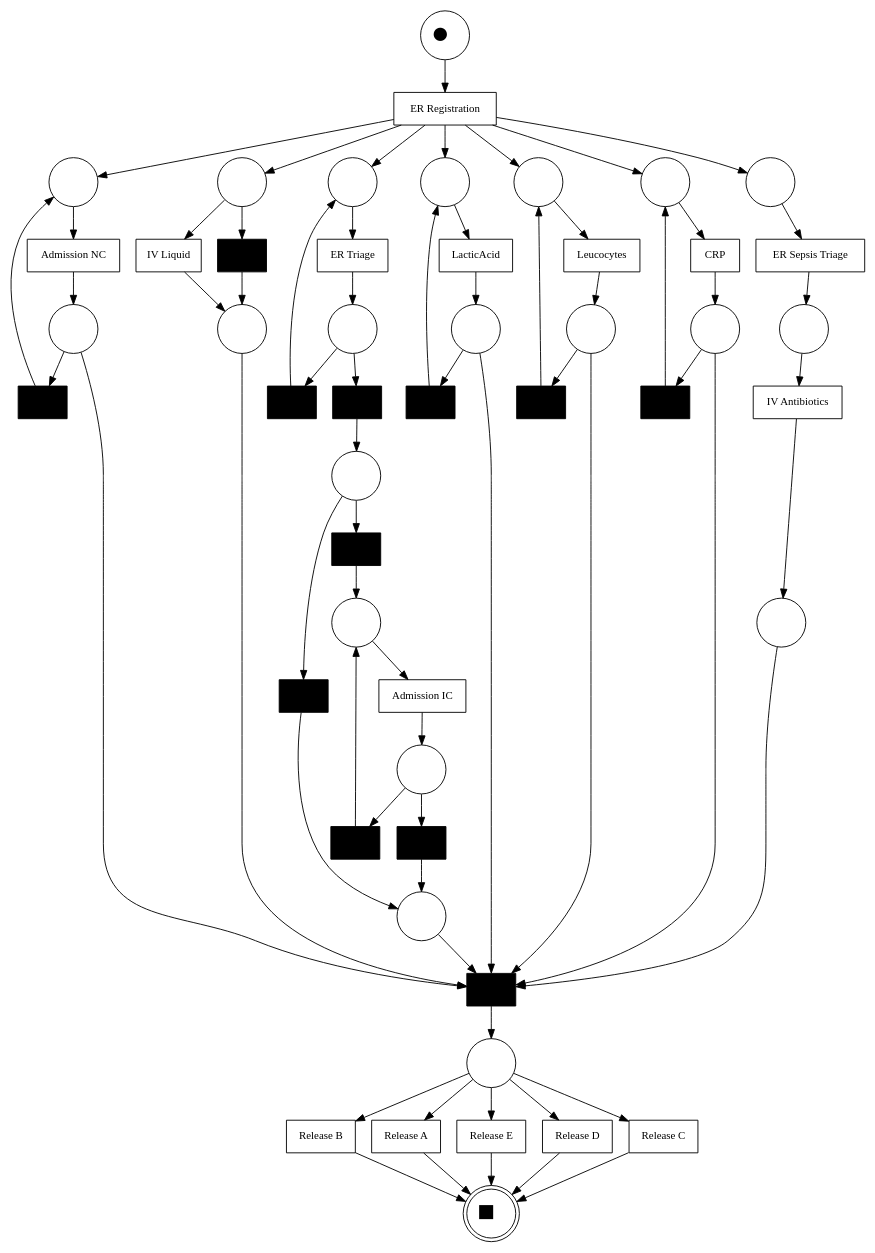
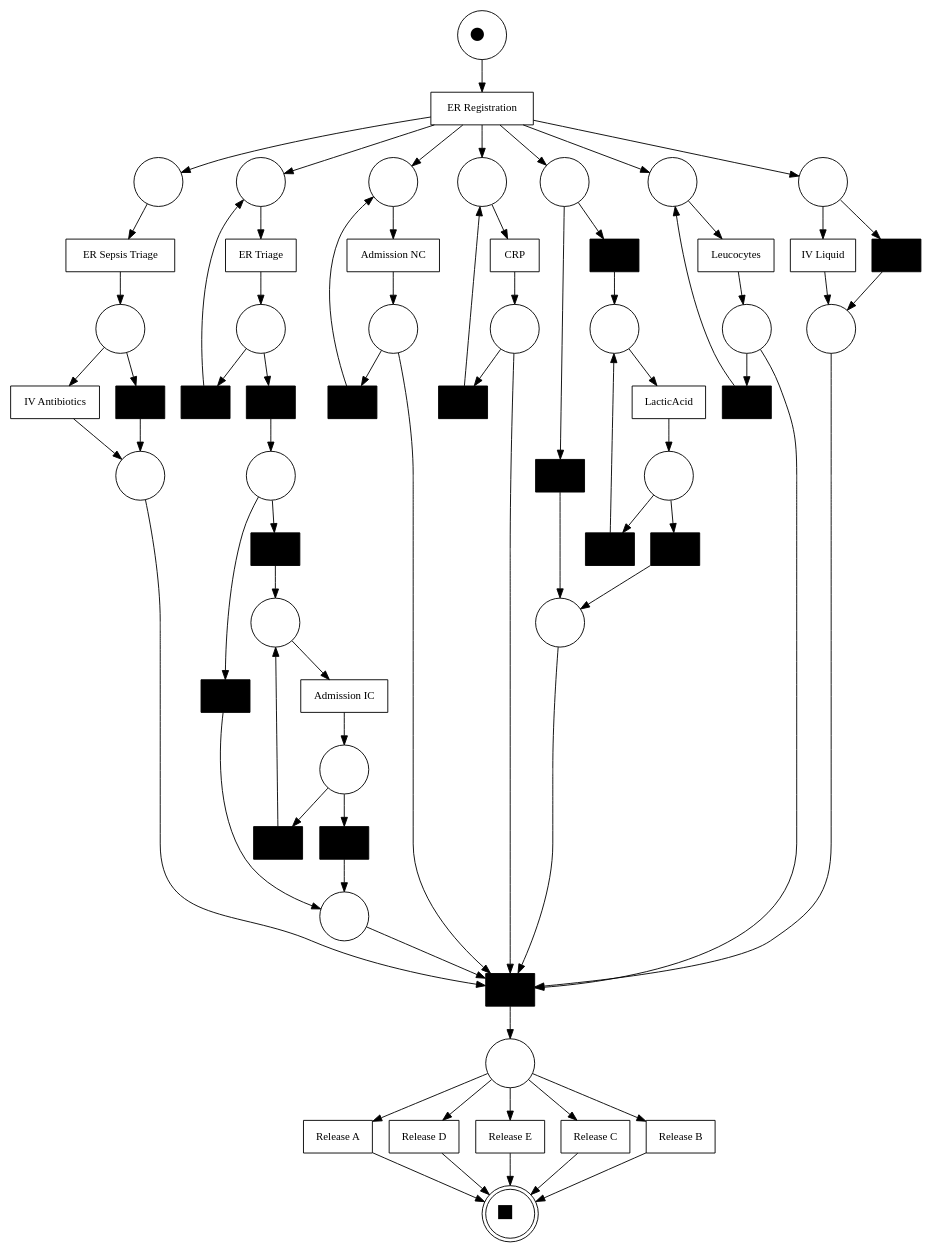
One commit to Evzett/laba_tad4 changed the diagram in outputs/figures/petri_net.gv. Above: the diagram before and after it, drawn with Graphviz. The commit also changed 27 other files, not shown here.

```diff
--- a/outputs/figures/petri_net.gv
+++ b/outputs/figures/petri_net.gv
@@ -1,120 +1,134 @@
-digraph "imdf_net_1794441840.90338" {
+digraph "imdf_net_1795035594.0145805" {
 	graph [bgcolor=white rankdir=TB]
 	node [shape=box]
-	2791548030656 [label="ER Registration" border=1 fillcolor=white fontcolor=black fontsize=12 style=filled]
-	2791543834384 [label=CRP border=1 fillcolor=white fontcolor=black fontsize=12 style=filled]
-	2791550657040 [label="Admission NC" border=1 fillcolor=white fontcolor=black fontsize=12 style=filled]
-	2791550418320 [label="IV Liquid" border=1 fillcolor=white fontcolor=black fontsize=12 style=filled]
-	2791543481888 [label="ER Sepsis Triage" border=1 fillcolor=white fontcolor=black fontsize=12 style=filled]
-	2791550416192 [label=LacticAcid border=1 fillcolor=white fontcolor=black fontsize=12 style=filled]
-	2791550417984 [label="" border=1 fillcolor=black fontcolor=black fontsize=12 style=filled]
-	2791548188240 [label=Leucocytes border=1 fillcolor=white fontcolor=black fontsize=12 style=filled]
-	2791541911888 [label="ER Triage" border=1 fillcolor=white fontcolor=black fontsize=12 style=filled]
-	2791550416640 [label="" border=1 fillcolor=black fontcolor=black fontsize=12 style=filled]
-	2791550307856 [label="" border=1 fillcolor=black fontcolor=black fontsize=12 style=filled]
-	2791550656800 [label="" border=1 fillcolor=black fontcolor=black fontsize=12 style=filled]
-	2791543834576 [label="" border=1 fillcolor=black fontcolor=black fontsize=12 style=filled]
-	2791541899728 [label="" border=1 fillcolor=black fontcolor=black fontsize=12 style=filled]
-	2791548363888 [label="" border=1 fillcolor=black fontcolor=black fontsize=12 style=filled]
-	2791548543984 [label="IV Antibiotics" border=1 fillcolor=white fontcolor=black fontsize=12 style=filled]
-	2791550412272 [label="" border=1 fillcolor=black fontcolor=black fontsize=12 style=filled]
-	2791544341008 [label="Release B" border=1 fillcolor=white fontcolor=black fontsize=12 style=filled]
-	2791550412720 [label="" border=1 fillcolor=black fontcolor=black fontsize=12 style=filled]
-	2791544341680 [label="Release A" border=1 fillcolor=white fontcolor=black fontsize=12 style=filled]
-	2791544340672 [label="Release E" border=1 fillcolor=white fontcolor=black fontsize=12 style=filled]
-	2791550418656 [label="Release D" border=1 fillcolor=white fontcolor=black fontsize=12 style=filled]
-	2791544341344 [label="Release C" border=1 fillcolor=white fontcolor=black fontsize=12 style=filled]
-	2791550413168 [label="" border=1 fillcolor=black fontcolor=black fontsize=12 style=filled]
-	2791550413728 [label="Admission IC" border=1 fillcolor=white fontcolor=black fontsize=12 style=filled]
-	2791550414624 [label="" border=1 fillcolor=black fontcolor=black fontsize=12 style=filled]
-	2791550414176 [label="" border=1 fillcolor=black fontcolor=black fontsize=12 style=filled]
-	2791548031328 [label=<&#9679;> fillcolor=white fixedsize=true fontsize=34 shape=circle style=filled width=0.75]
-	2791550657280 [label="" fillcolor=white fixedsize=true shape=circle style=filled width=0.75]
-	2791550417536 [label="" fillcolor=white fixedsize=true shape=circle style=filled width=0.75]
-	2791550411152 [label="" fillcolor=white fixedsize=true shape=circle style=filled width=0.75]
-	2791550415520 [label="" fillcolor=white fixedsize=true shape=circle style=filled width=0.75]
-	2791548364976 [label="" fillcolor=white fixedsize=true shape=circle style=filled width=0.75]
-	2791543834192 [label="" fillcolor=white fixedsize=true shape=circle style=filled width=0.75]
-	2791548543344 [label="" fillcolor=white fixedsize=true shape=circle style=filled width=0.75]
-	2791548364160 [label="" fillcolor=white fixedsize=true shape=circle style=filled width=0.75]
-	2791543481360 [label="" fillcolor=white fixedsize=true shape=circle style=filled width=0.75]
-	2791543743136 [label="" fillcolor=white fixedsize=true shape=circle style=filled width=0.75]
-	2791550416080 [label="" fillcolor=white fixedsize=true shape=circle style=filled width=0.75]
-	2791550411488 [label="" fillcolor=white fixedsize=true shape=circle style=filled width=0.75]
-	2791550417760 [label="" fillcolor=white fixedsize=true shape=circle style=filled width=0.75]
-	2791543622128 [label="" fillcolor=white fixedsize=true shape=circle style=filled width=0.75]
-	2791550411040 [label="" fillcolor=white fixedsize=true shape=circle style=filled width=0.75]
-	2791548344944 [label="" fillcolor=white fixedsize=true shape=circle style=filled width=0.75]
-	2791548542704 [label="" fillcolor=white fixedsize=true shape=circle style=filled width=0.75]
-	2791550413056 [label="" fillcolor=white fixedsize=true shape=circle style=filled width=0.75]
-	2791541912144 [label="" fillcolor=white fixedsize=true shape=circle style=filled width=0.75]
-	2791550306896 [label=<&#9632;> fillcolor=white fixedsize=true fontsize=32 shape=doublecircle style=filled width=0.75]
-	2791550413616 [label="" fillcolor=white fixedsize=true shape=circle style=filled width=0.75]
-	2791548031328 -> 2791548030656 [label="" arrowhead=normal fontsize=12]
-	2791548030656 -> 2791550657280 [label="" arrowhead=normal fontsize=12]
-	2791548030656 -> 2791543834192 [label="" arrowhead=normal fontsize=12]
-	2791548030656 -> 2791550411152 [label="" arrowhead=normal fontsize=12]
-	2791548030656 -> 2791548364976 [label="" arrowhead=normal fontsize=12]
-	2791548030656 -> 2791548543344 [label="" arrowhead=normal fontsize=12]
-	2791548030656 -> 2791550417536 [label="" arrowhead=normal fontsize=12]
-	2791548030656 -> 2791550415520 [label="" arrowhead=normal fontsize=12]
-	2791550417536 -> 2791550418320 [label="" arrowhead=normal fontsize=12]
-	2791548543344 -> 2791543481888 [label="" arrowhead=normal fontsize=12]
-	2791550417536 -> 2791550417984 [label="" arrowhead=normal fontsize=12]
-	2791550411152 -> 2791541911888 [label="" arrowhead=normal fontsize=12]
-	2791548364976 -> 2791548188240 [label="" arrowhead=normal fontsize=12]
-	2791550657280 -> 2791550657040 [label="" arrowhead=normal fontsize=12]
-	2791550415520 -> 2791550416192 [label="" arrowhead=normal fontsize=12]
-	2791543834192 -> 2791543834384 [label="" arrowhead=normal fontsize=12]
-	2791550657040 -> 2791543622128 [label="" arrowhead=normal fontsize=12]
-	2791550416192 -> 2791550416080 [label="" arrowhead=normal fontsize=12]
-	2791543834384 -> 2791543481360 [label="" arrowhead=normal fontsize=12]
-	2791548188240 -> 2791548364160 [label="" arrowhead=normal fontsize=12]
-	2791550418320 -> 2791550417760 [label="" arrowhead=normal fontsize=12]
-	2791543481888 -> 2791543743136 [label="" arrowhead=normal fontsize=12]
-	2791550417984 -> 2791550417760 [label="" arrowhead=normal fontsize=12]
-	2791541911888 -> 2791550411488 [label="" arrowhead=normal fontsize=12]
-	2791550416080 -> 2791550307856 [label="" arrowhead=normal fontsize=12]
-	2791550411488 -> 2791550412272 [label="" arrowhead=normal fontsize=12]
-	2791550411488 -> 2791541899728 [label="" arrowhead=normal fontsize=12]
-	2791543481360 -> 2791543834576 [label="" arrowhead=normal fontsize=12]
-	2791548364160 -> 2791550307856 [label="" arrowhead=normal fontsize=12]
-	2791543481360 -> 2791550307856 [label="" arrowhead=normal fontsize=12]
-	2791543743136 -> 2791548543984 [label="" arrowhead=normal fontsize=12]
-	2791550416080 -> 2791550416640 [label="" arrowhead=normal fontsize=12]
-	2791548364160 -> 2791548363888 [label="" arrowhead=normal fontsize=12]
-	2791543622128 -> 2791550656800 [label="" arrowhead=normal fontsize=12]
-	2791550417760 -> 2791550307856 [label="" arrowhead=normal fontsize=12]
-	2791543622128 -> 2791550307856 [label="" arrowhead=normal fontsize=12]
-	2791548363888 -> 2791548364976 [label="" arrowhead=normal fontsize=12]
-	2791543834576 -> 2791543834192 [label="" arrowhead=normal fontsize=12]
-	2791550656800 -> 2791550657280 [label="" arrowhead=normal fontsize=12]
-	2791550416640 -> 2791550415520 [label="" arrowhead=normal fontsize=12]
-	2791541899728 -> 2791550411152 [label="" arrowhead=normal fontsize=12]
-	2791550412272 -> 2791550411040 [label="" arrowhead=normal fontsize=12]
-	2791550307856 -> 2791548344944 [label="" arrowhead=normal fontsize=12]
-	2791548543984 -> 2791548542704 [label="" arrowhead=normal fontsize=12]
-	2791548542704 -> 2791550307856 [label="" arrowhead=normal fontsize=12]
-	2791550411040 -> 2791550412720 [label="" arrowhead=normal fontsize=12]
-	2791548344944 -> 2791544341008 [label="" arrowhead=normal fontsize=12]
-	2791548344944 -> 2791544341680 [label="" arrowhead=normal fontsize=12]
-	2791548344944 -> 2791544340672 [label="" arrowhead=normal fontsize=12]
-	2791548344944 -> 2791550418656 [label="" arrowhead=normal fontsize=12]
-	2791548344944 -> 2791544341344 [label="" arrowhead=normal fontsize=12]
-	2791550411040 -> 2791550413168 [label="" arrowhead=normal fontsize=12]
-	2791550413168 -> 2791550413056 [label="" arrowhead=normal fontsize=12]
-	2791550412720 -> 2791541912144 [label="" arrowhead=normal fontsize=12]
-	2791544341344 -> 2791550306896 [label="" arrowhead=normal fontsize=12]
-	2791550418656 -> 2791550306896 [label="" arrowhead=normal fontsize=12]
-	2791544341008 -> 2791550306896 [label="" arrowhead=normal fontsize=12]
-	2791544341680 -> 2791550306896 [label="" arrowhead=normal fontsize=12]
-	2791544340672 -> 2791550306896 [label="" arrowhead=normal fontsize=12]
-	2791541912144 -> 2791550307856 [label="" arrowhead=normal fontsize=12]
-	2791550413056 -> 2791550413728 [label="" arrowhead=normal fontsize=12]
-	2791550413728 -> 2791550413616 [label="" arrowhead=normal fontsize=12]
-	2791550413616 -> 2791550414624 [label="" arrowhead=normal fontsize=12]
-	2791550413616 -> 2791550414176 [label="" arrowhead=normal fontsize=12]
-	2791550414624 -> 2791541912144 [label="" arrowhead=normal fontsize=12]
-	2791550414176 -> 2791550413056 [label="" arrowhead=normal fontsize=12]
+	2196773129024 [label="ER Registration" border=1 fillcolor=white fontcolor=black fontsize=12 style=filled]
+	2196773138992 [label="Admission NC" border=1 fillcolor=white fontcolor=black fontsize=12 style=filled]
+	2196773921840 [label=CRP border=1 fillcolor=white fontcolor=black fontsize=12 style=filled]
+	2196773576880 [label="IV Liquid" border=1 fillcolor=white fontcolor=black fontsize=12 style=filled]
+	2196773134400 [label=Leucocytes border=1 fillcolor=white fontcolor=black fontsize=12 style=filled]
+	2196773574976 [label="" border=1 fillcolor=black fontcolor=black fontsize=12 style=filled]
+	2196773581248 [label="" border=1 fillcolor=black fontcolor=black fontsize=12 style=filled]
+	2196773584720 [label="ER Triage" border=1 fillcolor=white fontcolor=black fontsize=12 style=filled]
+	2196773915120 [label="ER Sepsis Triage" border=1 fillcolor=white fontcolor=black fontsize=12 style=filled]
+	2196773578224 [label="" border=1 fillcolor=black fontcolor=black fontsize=12 style=filled]
+	2196773583488 [label=LacticAcid border=1 fillcolor=white fontcolor=black fontsize=12 style=filled]
+	2196773127456 [label="" border=1 fillcolor=black fontcolor=black fontsize=12 style=filled]
+	2196773127344 [label="" border=1 fillcolor=black fontcolor=black fontsize=12 style=filled]
+	2196773916464 [label="IV Antibiotics" border=1 fillcolor=white fontcolor=black fontsize=12 style=filled]
+	2196773920832 [label="" border=1 fillcolor=black fontcolor=black fontsize=12 style=filled]
+	2196773912768 [label="" border=1 fillcolor=black fontcolor=black fontsize=12 style=filled]
+	2196773573968 [label="" border=1 fillcolor=black fontcolor=black fontsize=12 style=filled]
+	2196773572064 [label="" border=1 fillcolor=black fontcolor=black fontsize=12 style=filled]
+	2196773138544 [label="" border=1 fillcolor=black fontcolor=black fontsize=12 style=filled]
+	2196773581696 [label="Release A" border=1 fillcolor=white fontcolor=black fontsize=12 style=filled]
+	2196773583040 [label="Release D" border=1 fillcolor=white fontcolor=black fontsize=12 style=filled]
+	2196773575200 [label="Release E" border=1 fillcolor=white fontcolor=black fontsize=12 style=filled]
+	2196773583264 [label="Release C" border=1 fillcolor=white fontcolor=black fontsize=12 style=filled]
+	2196773578672 [label="" border=1 fillcolor=black fontcolor=black fontsize=12 style=filled]
+	2196773568592 [label="" border=1 fillcolor=black fontcolor=black fontsize=12 style=filled]
+	2196773581920 [label="" border=1 fillcolor=black fontcolor=black fontsize=12 style=filled]
+	2196773582816 [label="" border=1 fillcolor=black fontcolor=black fontsize=12 style=filled]
+	2196773572960 [label="Release B" border=1 fillcolor=white fontcolor=black fontsize=12 style=filled]
+	2196773583376 [label="Admission IC" border=1 fillcolor=white fontcolor=black fontsize=12 style=filled]
+	2196773584048 [label="" border=1 fillcolor=black fontcolor=black fontsize=12 style=filled]
+	2196773582144 [label="" border=1 fillcolor=black fontcolor=black fontsize=12 style=filled]
+	2196773126672 [label=<&#9679;> fillcolor=white fixedsize=true fontsize=34 shape=circle style=filled width=0.75]
+	2196773922960 [label="" fillcolor=white fixedsize=true shape=circle style=filled width=0.75]
+	2196773574416 [label="" fillcolor=white fixedsize=true shape=circle style=filled width=0.75]
+	2196773130144 [label="" fillcolor=white fixedsize=true shape=circle style=filled width=0.75]
+	2196773130816 [label="" fillcolor=white fixedsize=true shape=circle style=filled width=0.75]
+	2196773572288 [label="" fillcolor=white fixedsize=true shape=circle style=filled width=0.75]
+	2196773130704 [label="" fillcolor=white fixedsize=true shape=circle style=filled width=0.75]
+	2196773582928 [label="" fillcolor=white fixedsize=true shape=circle style=filled width=0.75]
+	2196773915792 [label="" fillcolor=white fixedsize=true shape=circle style=filled width=0.75]
+	2196773575312 [label="" fillcolor=white fixedsize=true shape=circle style=filled width=0.75]
+	2196773579680 [label="" fillcolor=white fixedsize=true shape=circle style=filled width=0.75]
+	2196773923632 [label="" fillcolor=white fixedsize=true shape=circle style=filled width=0.75]
+	2196773128128 [label="" fillcolor=white fixedsize=true shape=circle style=filled width=0.75]
+	2196773582032 [label="" fillcolor=white fixedsize=true shape=circle style=filled width=0.75]
+	2196773135968 [label="" fillcolor=white fixedsize=true shape=circle style=filled width=0.75]
+	2196773579232 [label="" fillcolor=white fixedsize=true shape=circle style=filled width=0.75]
+	2196773127680 [label="" fillcolor=white fixedsize=true shape=circle style=filled width=0.75]
+	2196773575424 [label="" fillcolor=white fixedsize=true shape=circle style=filled width=0.75]
+	2196773920048 [label="" fillcolor=white fixedsize=true shape=circle style=filled width=0.75]
+	2196773582256 [label="" fillcolor=white fixedsize=true shape=circle style=filled width=0.75]
+	2196773576768 [label="" fillcolor=white fixedsize=true shape=circle style=filled width=0.75]
+	2196773579456 [label="" fillcolor=white fixedsize=true shape=circle style=filled width=0.75]
+	2196773126784 [label=<&#9632;> fillcolor=white fixedsize=true fontsize=32 shape=doublecircle style=filled width=0.75]
+	2196773574304 [label="" fillcolor=white fixedsize=true shape=circle style=filled width=0.75]
+	2196773126672 -> 2196773129024 [label="" arrowhead=normal fontsize=12]
+	2196773129024 -> 2196773130144 [label="" arrowhead=normal fontsize=12]
+	2196773129024 -> 2196773922960 [label="" arrowhead=normal fontsize=12]
+	2196773129024 -> 2196773130816 [label="" arrowhead=normal fontsize=12]
+	2196773129024 -> 2196773574416 [label="" arrowhead=normal fontsize=12]
+	2196773129024 -> 2196773582928 [label="" arrowhead=normal fontsize=12]
+	2196773129024 -> 2196773130704 [label="" arrowhead=normal fontsize=12]
+	2196773129024 -> 2196773572288 [label="" arrowhead=normal fontsize=12]
+	2196773922960 -> 2196773915120 [label="" arrowhead=normal fontsize=12]
+	2196773582928 -> 2196773581248 [label="" arrowhead=normal fontsize=12]
+	2196773574416 -> 2196773584720 [label="" arrowhead=normal fontsize=12]
+	2196773582928 -> 2196773576880 [label="" arrowhead=normal fontsize=12]
+	2196773130144 -> 2196773138992 [label="" arrowhead=normal fontsize=12]
+	2196773572288 -> 2196773578224 [label="" arrowhead=normal fontsize=12]
+	2196773572288 -> 2196773574976 [label="" arrowhead=normal fontsize=12]
+	2196773130704 -> 2196773134400 [label="" arrowhead=normal fontsize=12]
+	2196773130816 -> 2196773921840 [label="" arrowhead=normal fontsize=12]
+	2196773584720 -> 2196773582032 [label="" arrowhead=normal fontsize=12]
+	2196773581248 -> 2196773579232 [label="" arrowhead=normal fontsize=12]
+	2196773921840 -> 2196773923632 [label="" arrowhead=normal fontsize=12]
+	2196773576880 -> 2196773579232 [label="" arrowhead=normal fontsize=12]
+	2196773138992 -> 2196773135968 [label="" arrowhead=normal fontsize=12]
+	2196773915120 -> 2196773915792 [label="" arrowhead=normal fontsize=12]
+	2196773574976 -> 2196773575312 [label="" arrowhead=normal fontsize=12]
+	2196773578224 -> 2196773579680 [label="" arrowhead=normal fontsize=12]
+	2196773134400 -> 2196773128128 [label="" arrowhead=normal fontsize=12]
+	2196773135968 -> 2196773138544 [label="" arrowhead=normal fontsize=12]
+	2196773579232 -> 2196773127344 [label="" arrowhead=normal fontsize=12]
+	2196773923632 -> 2196773127344 [label="" arrowhead=normal fontsize=12]
+	2196773128128 -> 2196773127456 [label="" arrowhead=normal fontsize=12]
+	2196773128128 -> 2196773127344 [label="" arrowhead=normal fontsize=12]
+	2196773915792 -> 2196773912768 [label="" arrowhead=normal fontsize=12]
+	2196773575312 -> 2196773127344 [label="" arrowhead=normal fontsize=12]
+	2196773923632 -> 2196773920832 [label="" arrowhead=normal fontsize=12]
+	2196773582032 -> 2196773572064 [label="" arrowhead=normal fontsize=12]
+	2196773579680 -> 2196773583488 [label="" arrowhead=normal fontsize=12]
+	2196773915792 -> 2196773916464 [label="" arrowhead=normal fontsize=12]
+	2196773582032 -> 2196773573968 [label="" arrowhead=normal fontsize=12]
+	2196773135968 -> 2196773127344 [label="" arrowhead=normal fontsize=12]
+	2196773138544 -> 2196773130144 [label="" arrowhead=normal fontsize=12]
+	2196773127456 -> 2196773130704 [label="" arrowhead=normal fontsize=12]
+	2196773573968 -> 2196773574416 [label="" arrowhead=normal fontsize=12]
+	2196773920832 -> 2196773130816 [label="" arrowhead=normal fontsize=12]
+	2196773572064 -> 2196773582256 [label="" arrowhead=normal fontsize=12]
+	2196773583488 -> 2196773575424 [label="" arrowhead=normal fontsize=12]
+	2196773916464 -> 2196773920048 [label="" arrowhead=normal fontsize=12]
+	2196773127344 -> 2196773127680 [label="" arrowhead=normal fontsize=12]
+	2196773912768 -> 2196773920048 [label="" arrowhead=normal fontsize=12]
+	2196773920048 -> 2196773127344 [label="" arrowhead=normal fontsize=12]
+	2196773127680 -> 2196773575200 [label="" arrowhead=normal fontsize=12]
+	2196773127680 -> 2196773581696 [label="" arrowhead=normal fontsize=12]
+	2196773582256 -> 2196773568592 [label="" arrowhead=normal fontsize=12]
+	2196773575424 -> 2196773582816 [label="" arrowhead=normal fontsize=12]
+	2196773127680 -> 2196773572960 [label="" arrowhead=normal fontsize=12]
+	2196773582256 -> 2196773578672 [label="" arrowhead=normal fontsize=12]
+	2196773127680 -> 2196773583040 [label="" arrowhead=normal fontsize=12]
+	2196773575424 -> 2196773581920 [label="" arrowhead=normal fontsize=12]
+	2196773127680 -> 2196773583264 [label="" arrowhead=normal fontsize=12]
+	2196773582816 -> 2196773575312 [label="" arrowhead=normal fontsize=12]
+	2196773581920 -> 2196773579680 [label="" arrowhead=normal fontsize=12]
+	2196773568592 -> 2196773579456 [label="" arrowhead=normal fontsize=12]
+	2196773578672 -> 2196773576768 [label="" arrowhead=normal fontsize=12]
+	2196773583040 -> 2196773126784 [label="" arrowhead=normal fontsize=12]
+	2196773583264 -> 2196773126784 [label="" arrowhead=normal fontsize=12]
+	2196773581696 -> 2196773126784 [label="" arrowhead=normal fontsize=12]
+	2196773575200 -> 2196773126784 [label="" arrowhead=normal fontsize=12]
+	2196773572960 -> 2196773126784 [label="" arrowhead=normal fontsize=12]
+	2196773576768 -> 2196773127344 [label="" arrowhead=normal fontsize=12]
+	2196773579456 -> 2196773583376 [label="" arrowhead=normal fontsize=12]
+	2196773583376 -> 2196773574304 [label="" arrowhead=normal fontsize=12]
+	2196773574304 -> 2196773584048 [label="" arrowhead=normal fontsize=12]
+	2196773574304 -> 2196773582144 [label="" arrowhead=normal fontsize=12]
+	2196773584048 -> 2196773576768 [label="" arrowhead=normal fontsize=12]
+	2196773582144 -> 2196773579456 [label="" arrowhead=normal fontsize=12]
 	overlap=false
 }
```
